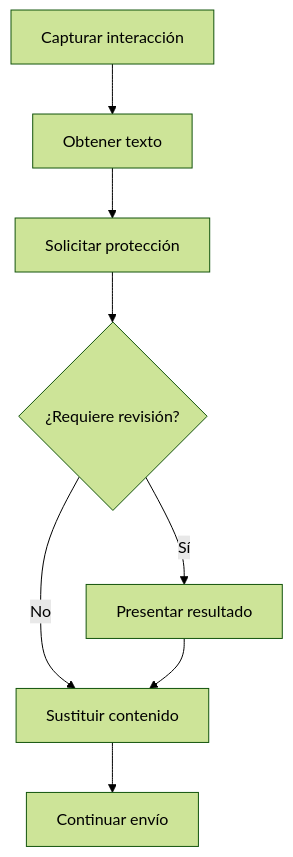
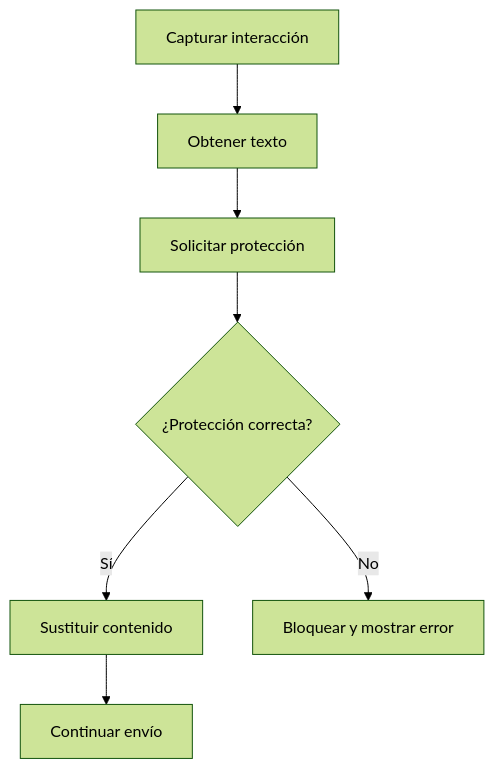
Before and after one commit to StivenJM/contextual-pii-anonymizer: the diagram in docs/architecture/frontend/browser-extension/README.md, drawn with Mermaid (forest theme). The commit also changed other lines of this file and 60 other files, not shown here.

````diff
--- a/docs/architecture/frontend/browser-extension/README.md
+++ b/docs/architecture/frontend/browser-extension/README.md
@@ -25,10 +25,9 @@
 ```mermaid
 flowchart TD
     Captura[Capturar interacción] --> Extraccion[Obtener texto]
     Extraccion --> Proteccion[Solicitar protección]
-    Proteccion --> Revision{¿Requiere revisión?}
-    Revision -->|Sí| Usuario[Presentar resultado]
-    Revision -->|No| Sustitucion[Sustituir contenido]
-    Usuario --> Sustitucion
+    Proteccion --> Resultado{¿Protección correcta?}
+    Resultado -->|Sí| Sustitucion[Sustituir contenido]
+    Resultado -->|No| Bloqueo[Bloquear y mostrar error]
     Sustitucion --> Envio[Continuar envío]
 ```
````
